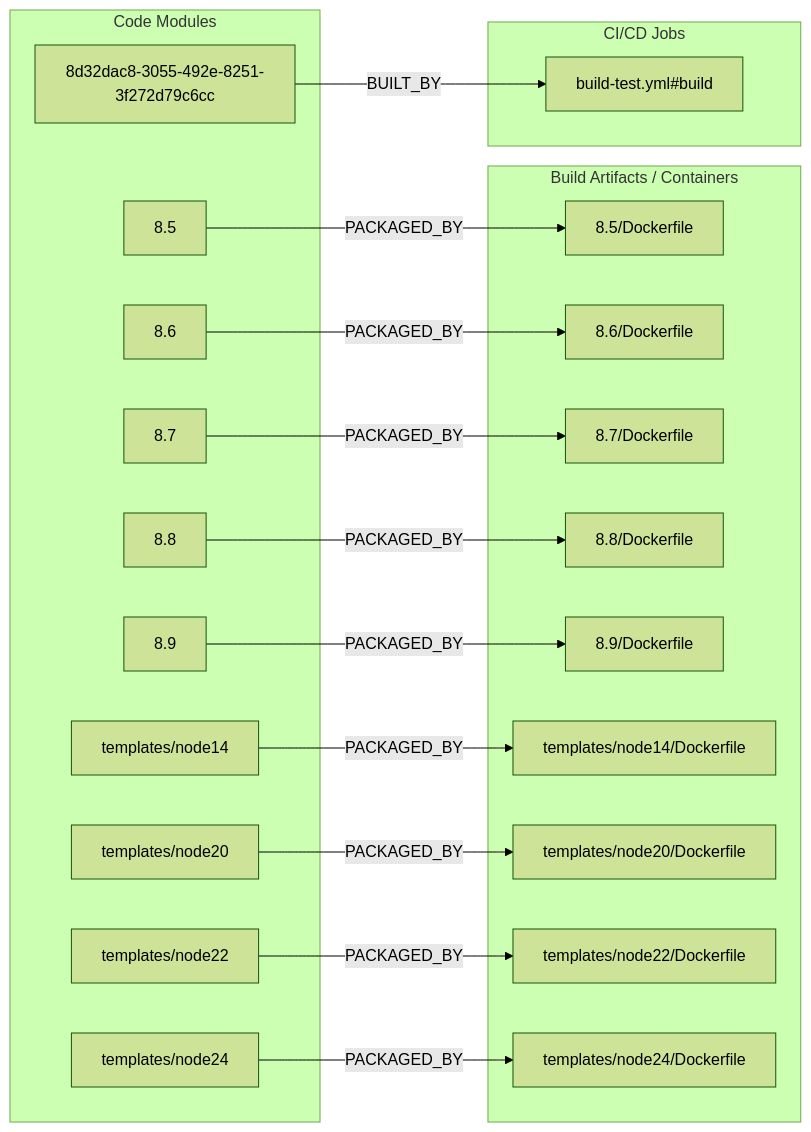
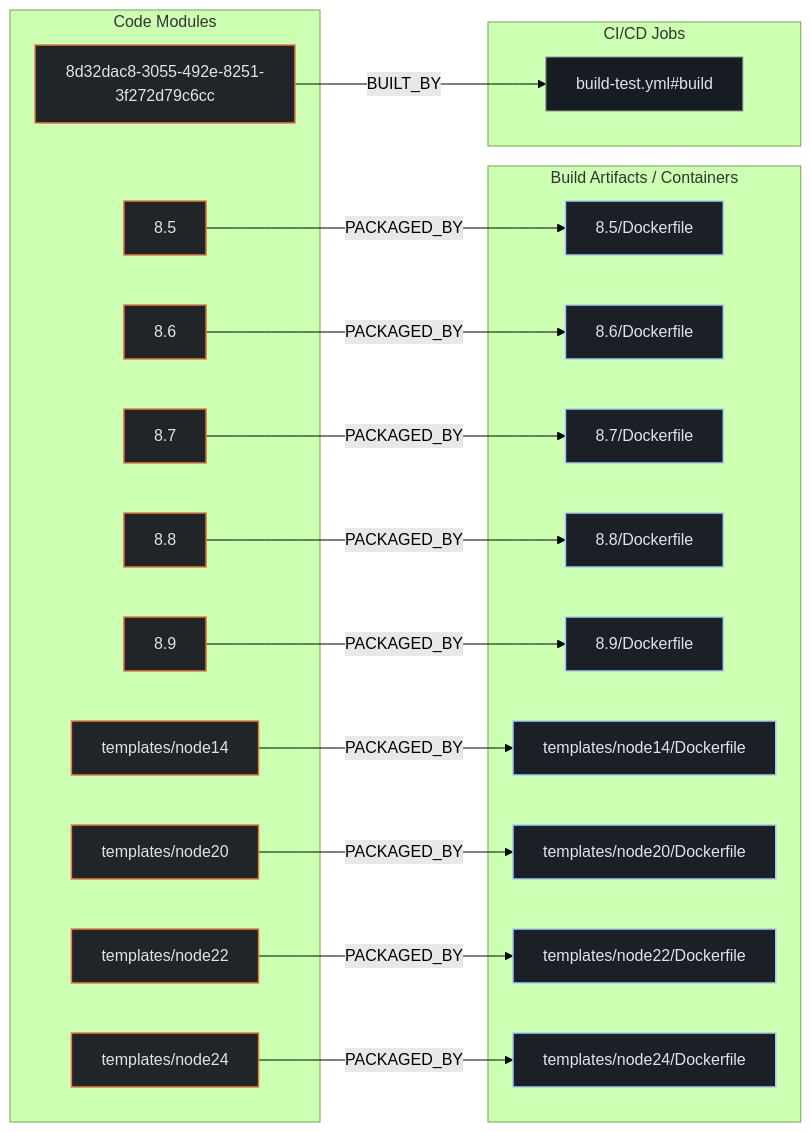
Before and after one commit to kumarshaz/atruss-code-atlas: the second of 3 diagrams in exports/latest/reports/RocketChat-Docker.Official.Image-report.md, drawn with Mermaid (forest theme). The commit also changed other lines of this file and 331 other files, not shown here.

Commit message:
docs,ui,fix: update SDLC docs, reorder CI/CD DAG first, stylize Mermaid, and fix Arc42 pipeline topology

````diff
--- a/exports/latest/reports/RocketChat-Docker.Official.Image-report.md
+++ b/exports/latest/reports/RocketChat-Docker.Official.Image-report.md
@@ -80,39 +87,43 @@
 ```mermaid
 flowchart LR
+    classDef atlasCategory fill:#212428,stroke:#E87A48,stroke-width:1.5px,color:#dfe3eb
+    classDef atlasWorkflow fill:#1b2026,stroke:#a3c9ff,stroke-width:1.5px,color:#dfe3eb
+    classDef atlasJob fill:#171c22,stroke:#8d9199,stroke-width:1px,color:#dfe3eb
+    classDef atlasTarget fill:#005227,stroke:#8bd99b,stroke-width:1.5px,color:#a7f6b6
     subgraph code_modules["Code Modules"]
-        mod_8_5["8.5"]
-        mod_8_6["8.6"]
-        mod_8_7["8.7"]
-        mod_8_8["8.8"]
-        mod_8_9["8.9"]
-        mod_8d32dac8_3055_492e_8251_3f272d79c6cc["8d32dac8-3055-492e-8251-3f272d79c6cc"]
-        mod_templates_node14["templates/node14"]
-        mod_templates_node20["templates/node20"]
-        mod_templates_node22["templates/node22"]
-        mod_templates_node24["templates/node24"]
+        mod_8_5["8.5"]:::atlasCategory
+        mod_8_6["8.6"]:::atlasCategory
+        mod_8_7["8.7"]:::atlasCategory
+        mod_8_8["8.8"]:::atlasCategory
+        mod_8_9["8.9"]:::atlasCategory
+        mod_8d32dac8_3055_492e_8251_3f272d79c6cc["8d32dac8-3055-492e-8251-3f272d79c6cc"]:::atlasCategory
+        mod_templates_node14["templates/node14"]:::atlasCategory
+        mod_templates_node20["templates/node20"]:::atlasCategory
+        mod_templates_node22["templates/node22"]:::atlasCategory
+        mod_templates_node24["templates/node24"]:::atlasCategory
     end
     subgraph build_artifacts["Build Artifacts / Containers"]
-        art_8_5_Dockerfile["8.5/Dockerfile"]
-        art_8_6_Dockerfile["8.6/Dockerfile"]
-        art_8_7_Dockerfile["8.7/Dockerfile"]
-        art_8_8_Dockerfile["8.8/Dockerfile"]
-        art_8_9_Dockerfile["8.9/Dockerfile"]
-        art_templates_node14_Dockerfile["templates/node14/Dockerfile"]
-        art_templates_node20_Dockerfile["templates/node20/Dockerfile"]
-        art_templates_node22_Dockerfile["templates/node22/Dockerfile"]
-        art_templates_node24_Dockerfile["templates/node24/Dockerfile"]
+        art_8_5_Dockerfile["8.5/Dockerfile"]:::atlasWorkflow
+        art_8_6_Dockerfile["8.6/Dockerfile"]:::atlasWorkflow
+        art_8_7_Dockerfile["8.7/Dockerfile"]:::atlasWorkflow
+        art_8_8_Dockerfile["8.8/Dockerfile"]:::atlasWorkflow
+        art_8_9_Dockerfile["8.9/Dockerfile"]:::atlasWorkflow
+        art_templates_node14_Dockerfile["templates/node14/Dockerfile"]:::atlasWorkflow
+        art_templates_node20_Dockerfile["templates/node20/Dockerfile"]:::atlasWorkflow
+        art_templates_node22_Dockerfile["templates/node22/Dockerfile"]:::atlasWorkflow
+        art_templates_node24_Dockerfile["templates/node24/Dockerfile"]:::atlasWorkflow
     end
     subgraph ci_jobs["CI/CD Jobs"]
-        job_build_test_yml_build["build-test.yml#build"]
+        job_build_test_yml_build["build-test.yml#build"]:::atlasJob
     end
     mod_8_5 -->|PACKAGED_BY| art_8_5_Dockerfile
     mod_8_6 -->|PACKAGED_BY| art_8_6_Dockerfile
     mod_8_7 -->|PACKAGED_BY| art_8_7_Dockerfile
     mod_8_8 -->|PACKAGED_BY| art_8_8_Dockerfile
     mod_8_9 -->|PACKAGED_BY| art_8_9_Dockerfile
     mod_8d32dac8_3055_492e_8251_3f272d79c6cc -->|BUILT_BY| job_build_test_yml_build
     mod_templates_node14 -->|PACKAGED_BY| art_templates_node14_Dockerfile
     mod_templates_node20 -->|PACKAGED_BY| art_templates_node20_Dockerfile
     mod_templates_node22 -->|PACKAGED_BY| art_templates_node22_Dockerfile
     mod_templates_node24 -->|PACKAGED_BY| art_templates_node24_Dockerfile
 ```
````
